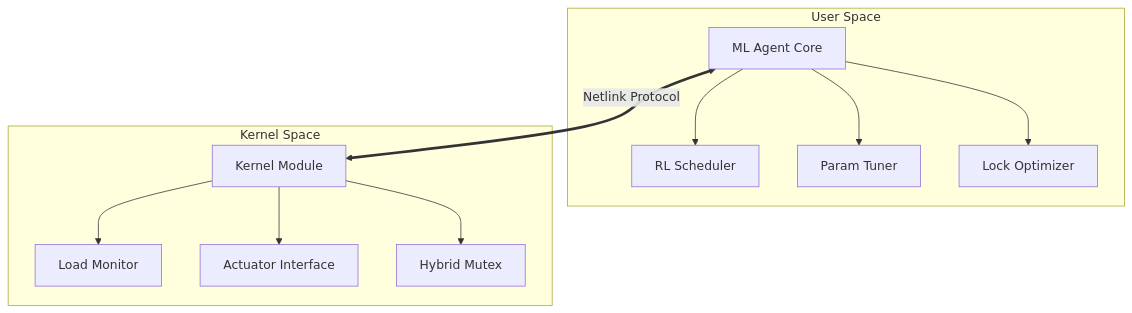
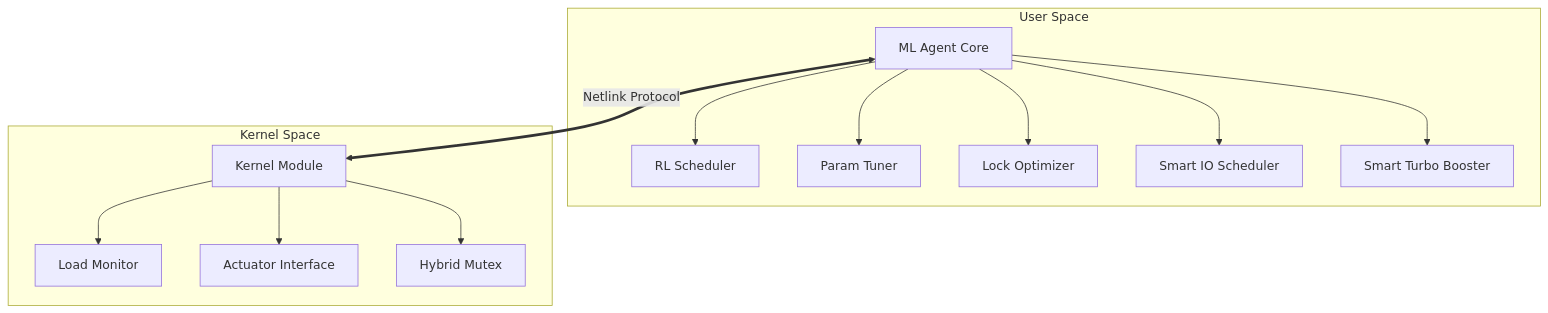
Before and after one commit to HaogeHan/sawjka: the first of 3 diagrams in 决赛第一阶段文档.md, drawn with Mermaid. The commit also changed other lines of this file, not shown here.

````diff
--- a/决赛第一阶段文档.md
+++ b/决赛第一阶段文档.md
@@ -39,26 +40,30 @@
 ```mermaid
 graph TD
     subgraph UserSpace [User Space]
         Agent[ML Agent Core]
         RL[RL Scheduler]
         Tuner[Param Tuner]
         LockOpt[Lock Optimizer]
+        IO[Smart IO Scheduler]
+        Turbo[Smart Turbo Booster]
         
         Agent --> RL
         Agent --> Tuner
         Agent --> LockOpt
+        Agent --> IO
+        Agent --> Turbo
     end
 
     subgraph KernelSpace [Kernel Space]
         Module[Kernel Module]
         probe[Load Monitor]
         actuator[Actuator Interface]
         mutex[Hybrid Mutex]
         
         Module --> probe
         Module --> actuator
         Module --> mutex
     end
 
     Agent <==>|Netlink Protocol| Module
 ```
````
